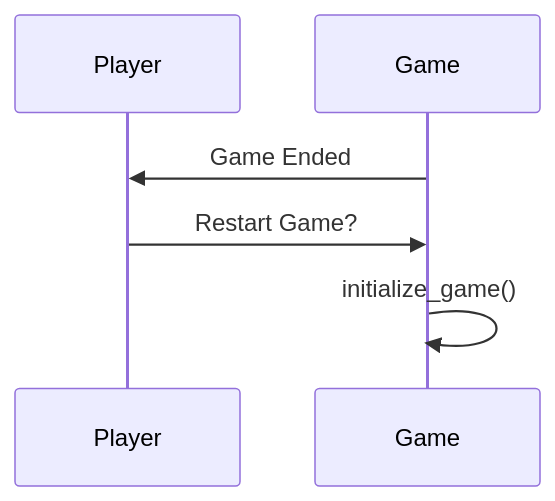
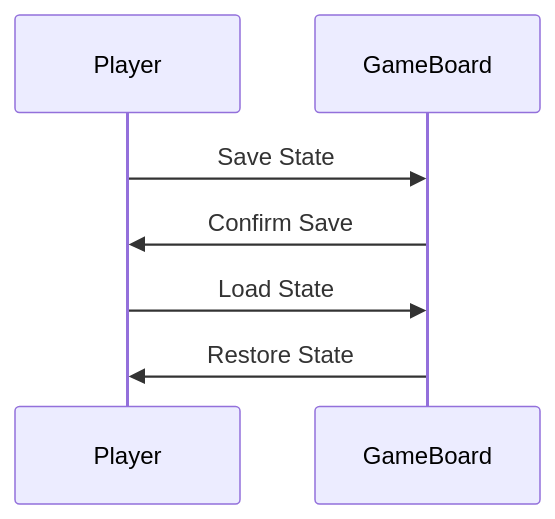
Before and after one commit to Sujata2017/App-developed-using-GenAI: diagram 13 of 16 in design_doc.md, drawn with Mermaid. The commit also changed other lines of this file, not shown here.

````diff
--- a/design_doc.md
+++ b/design_doc.md
@@ -116,8 +199,9 @@
-```mermaid
-sequenceDiagram
+  ```mermaid
+  sequenceDiagram
     participant Player
-    participant Game
-    Game->>Player: Game Ended
-    Player->>Game: Restart Game?
-    Game->>Game: initialize_game()
-```
+    participant GameBoard
+    Player->>GameBoard: Save State
+    GameBoard->>Player: Confirm Save
+    Player->>GameBoard: Load State
+    GameBoard->>Player: Restore State
+  ```
````
